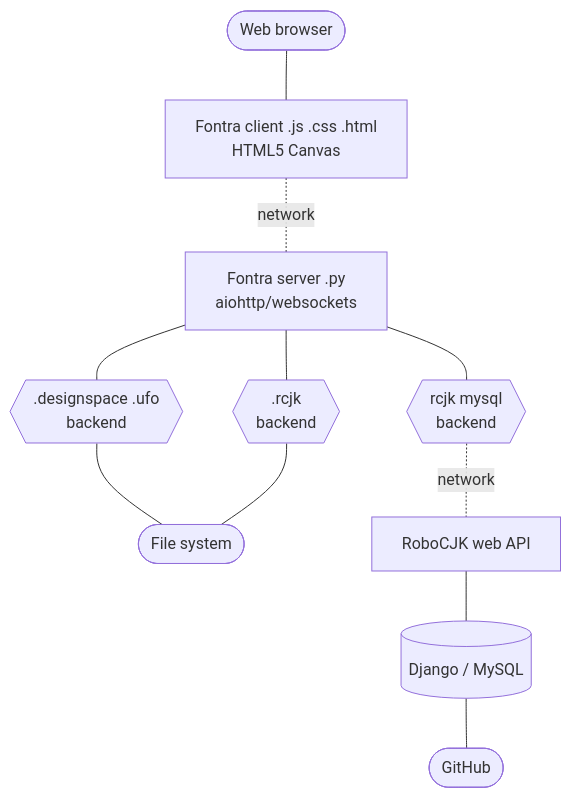
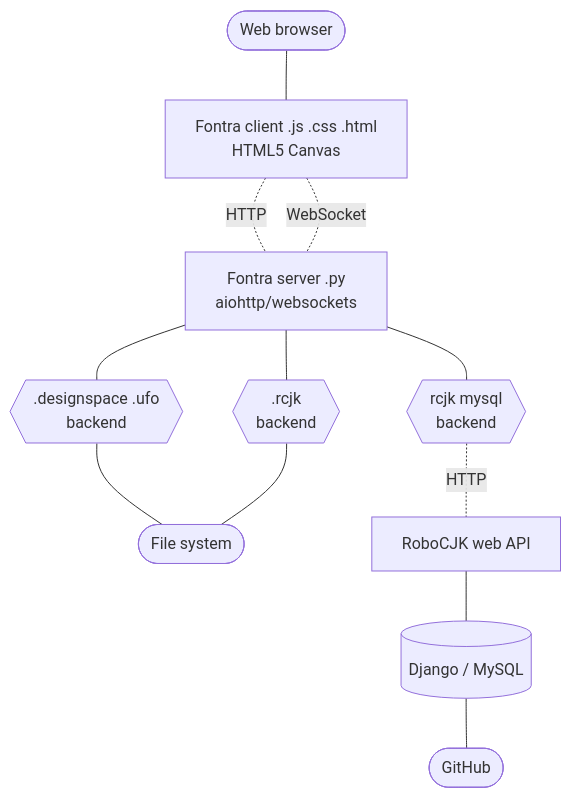
The first of 2 diagrams in docs/code-diagrams.md (googlefonts/fontra), drawn with Mermaid before and after one commit.

Commit message:
Change "network" to the protocol(s) used.

````diff
--- a/docs/code-diagrams.md
+++ b/docs/code-diagrams.md
@@ -3,13 +3,14 @@
 ```mermaid
 flowchart
   browser([Web browser])---client[Fontra client .js .css .html<br>HTML5 Canvas]
-  client-.network.-server[Fontra server .py<br>aiohttp/websockets]
+  client-.HTTP.-server[Fontra server .py<br>aiohttp/websockets]
+  client-.WebSocket.-server
   server---ds{{.designspace .ufo<br>backend}}
   server---rcjk{{.rcjk<br>backend}}
   server---rcjk_mysql{{rcjk mysql<br>backend}}
   ds---fs([File system])
   rcjk---fs
-  rcjk_mysql-.network.-rcjk_server[RoboCJK web API]
+  rcjk_mysql-.HTTP.-rcjk_server[RoboCJK web API]
   rcjk_server---django[(Django / MySQL)]
   django---git([GitHub])
 ```
````
